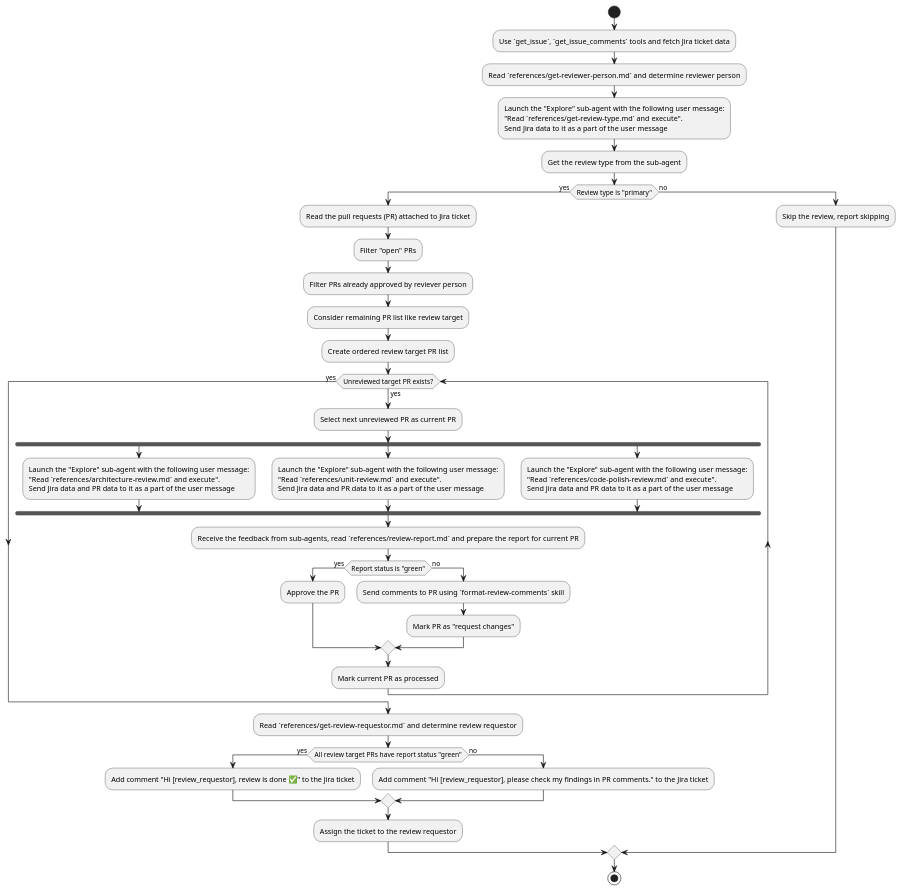
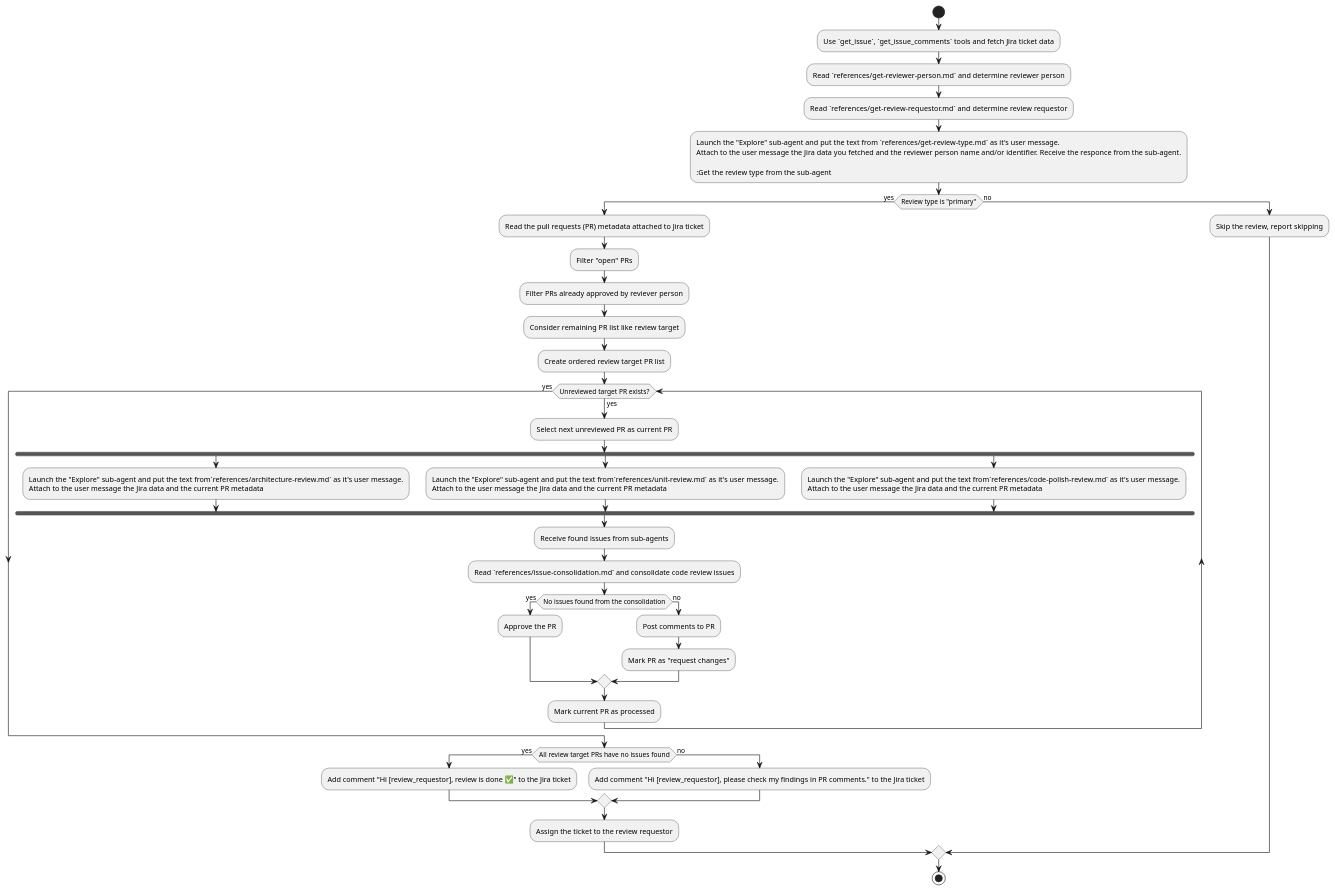
Before and after one commit to andrei-zanozin/skill_factory: the diagram in deep_review_workflow/build/skills/deep-review-workflow/SKILL.md, drawn with PlantUML. The commit also changed other lines of this file and 8 other files, not shown here.

````diff
--- a/deep_review_workflow/build/skills/deep-review-workflow/SKILL.md
+++ b/deep_review_workflow/build/skills/deep-review-workflow/SKILL.md
@@ -14,68 +15,71 @@
 ```puml
 @startuml
 
 start
 
 :Use `get_issue`, `get_issue_comments` tools and fetch Jira ticket data;
 
 :Read `references/get-reviewer-person.md` and determine reviewer person;
 
-:Launch the "Explore" sub-agent with the following user message:
-"Read `references/get-review-type.md` and execute".
-Send Jira data to it as a part of the user message;
+:Read `references/get-review-requestor.md` and determine review requestor;
+
+:Launch the "Explore" sub-agent and put the text from `references/get-review-type.md` as it's user message.
+Attach to the user message the Jira data you fetched and the reviewer person name and/or identifier. Receive the responce from the sub-agent.
 
 :Get the review type from the sub-agent;
 
 if (Review type is "primary") then (yes)
-  :Read the pull requests (PR) attached to Jira ticket;
+  :Read the pull requests (PR) metadata attached to Jira ticket;
+  
   :Filter "open" PRs;
+  
   :Filter PRs already approved by reviever person;
+  
   :Consider remaining PR list like review target;
+  
   :Create ordered review target PR list;
 
   while (Unreviewed target PR exists?) is (yes)
     :Select next unreviewed PR as current PR;
 
     fork
-      :Launch the "Explore" sub-agent with the following user message:
-      "Read `references/architecture-review.md` and execute".
-      Send Jira data and PR data to it as a part of the user message;
+      :Launch the "Explore" sub-agent and put the text from`references/architecture-review.md` as it's user message.
+      Attach to the user message the Jira data and the current PR metadata;
     fork again
-      :Launch the "Explore" sub-agent with the following user message:
-      "Read `references/unit-review.md` and execute".
-      Send Jira data and PR data to it as a part of the user message;
+      :Launch the "Explore" sub-agent and put the text from`references/unit-review.md` as it's user message.
+      Attach to the user message the Jira data and the current PR metadata;
     fork again
-      :Launch the "Explore" sub-agent with the following user message:
-      "Read `references/code-polish-review.md` and execute".
-      Send Jira data and PR data to it as a part of the user message;
+      :Launch the "Explore" sub-agent and put the text from`references/code-polish-review.md` as it's user message.
+      Attach to the user message the Jira data and the current PR metadata;
     end fork
 
-    :Receive the feedback from sub-agents, read `references/review-report.md` and prepare the report for current PR;
+    :Receive found issues from sub-agents;
 
-    if (Report status is "green") then (yes)
+    :Read `references/issue-consolidation.md` and consolidate code review issues;
+
+    if (No issues found from the consolidation) then (yes)
       :Approve the PR;
     else (no)
-      :Send comments to PR using `format-review-comments` skill;
+      :Post comments to PR;
+
       :Mark PR as "request changes";
     endif
 
     :Mark current PR as processed;
   endwhile (yes)
 
-  :Read `references/get-review-requestor.md` and determine review requestor;
-
-  if (All review target PRs have report status "green") then (yes)
+  if (All review target PRs have no issues found) then (yes)
     :Add comment "Hi [review_requestor], review is done ✅" to the Jira ticket;
   else (no)
     :Add comment "Hi [review_requestor], please check my findings in PR comments." to the Jira ticket;
   endif
 
   :Assign the ticket to the review requestor;
 else (no)
   :Skip the review, report skipping;
 endif
 
 stop
 
 @enduml
 ```
````
